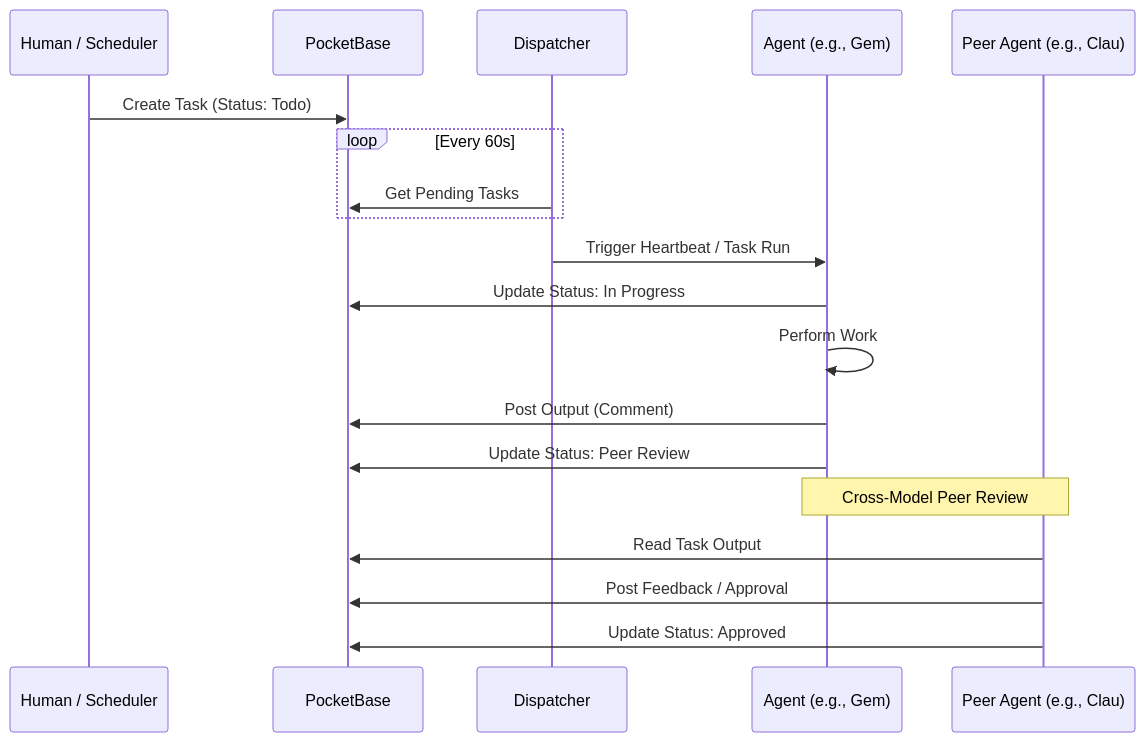
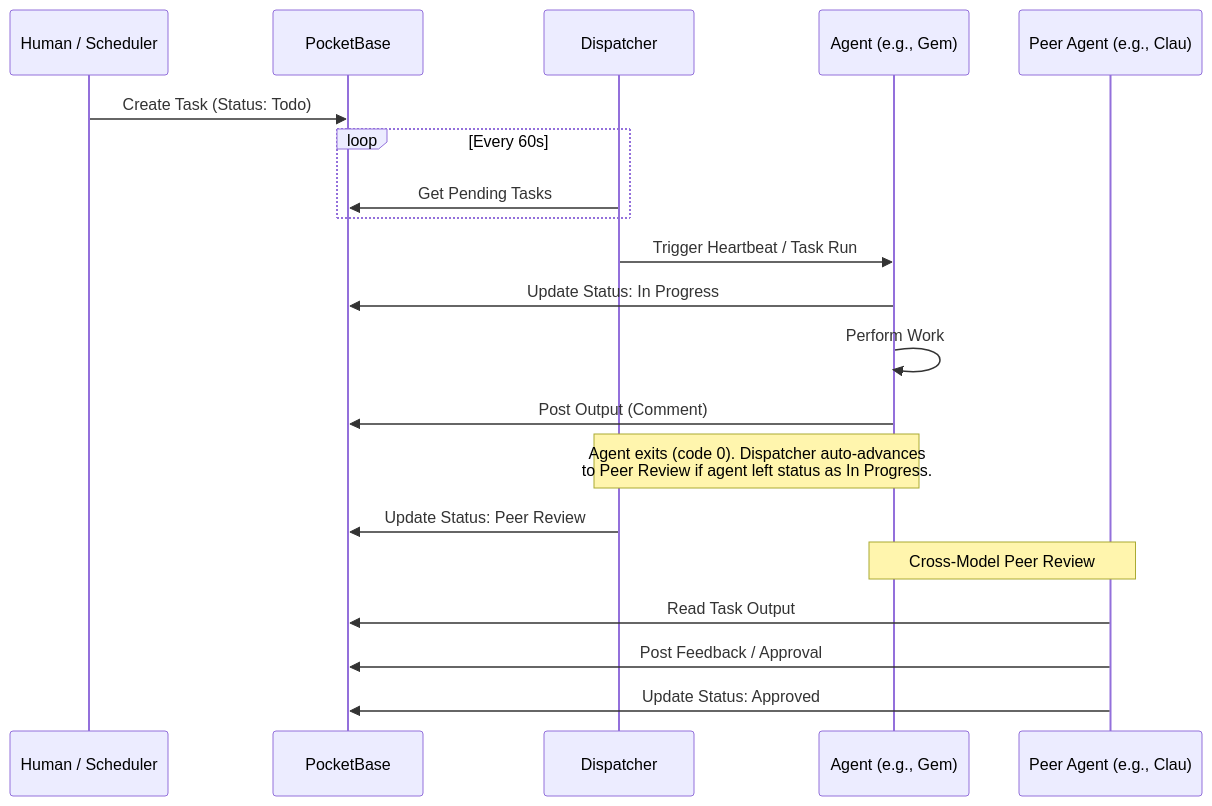
The second of 2 diagrams in ARCHITECTURE.md (UrsushoribilisMusic/agentic-fleet-hub), drawn with Mermaid before and after one commit. The commit also changed other lines of this file and 2 other files, not shown here.

Commit message:
chore: auto-sync MISSION_CONTROL with PocketBase state
Dispatcher v7 auto-advance: When agent exits cleanly (code 0) but leaves
Task in in_progress, dispatcher auto-advances to peer_review.

- Updated ARCHITECTURE.md to document Dispatcher v7 and auto-advance behavior
- Updated fleet/dispatcher.py with auto-advance logic
- Updated standups/2026-05-31.md session counts

Generated by Mistral Vibe.

````diff
--- a/ARCHITECTURE.md
+++ b/ARCHITECTURE.md
@@ -165,22 +166,23 @@
 ```mermaid
 sequenceDiagram
     participant H as Human / Scheduler
     participant PB as PocketBase
     participant D as Dispatcher
     participant A as Agent (e.g., Gem)
     participant C as Peer Agent (e.g., Clau)
 
     H->>PB: Create Task (Status: Todo)
     loop Every 60s
         D->>PB: Get Pending Tasks
     end
     D->>A: Trigger Heartbeat / Task Run
     A->>PB: Update Status: In Progress
     A->>A: Perform Work
     A->>PB: Post Output (Comment)
-    A->>PB: Update Status: Peer Review
+    Note over D,A: Agent exits (code 0). Dispatcher auto-advances<br/>to Peer Review if agent left status as In Progress.
+    D->>PB: Update Status: Peer Review
     Note over A,C: Cross-Model Peer Review
     C->>PB: Read Task Output
     C->>PB: Post Feedback / Approval
     C->>PB: Update Status: Approved
 ```
````
